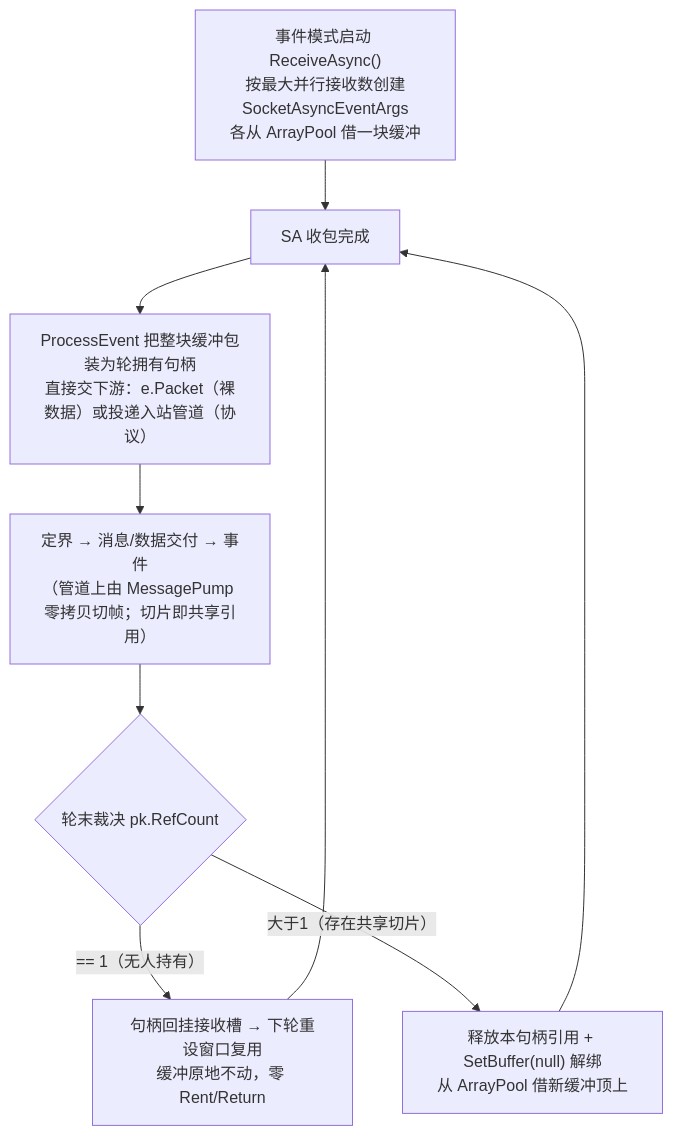
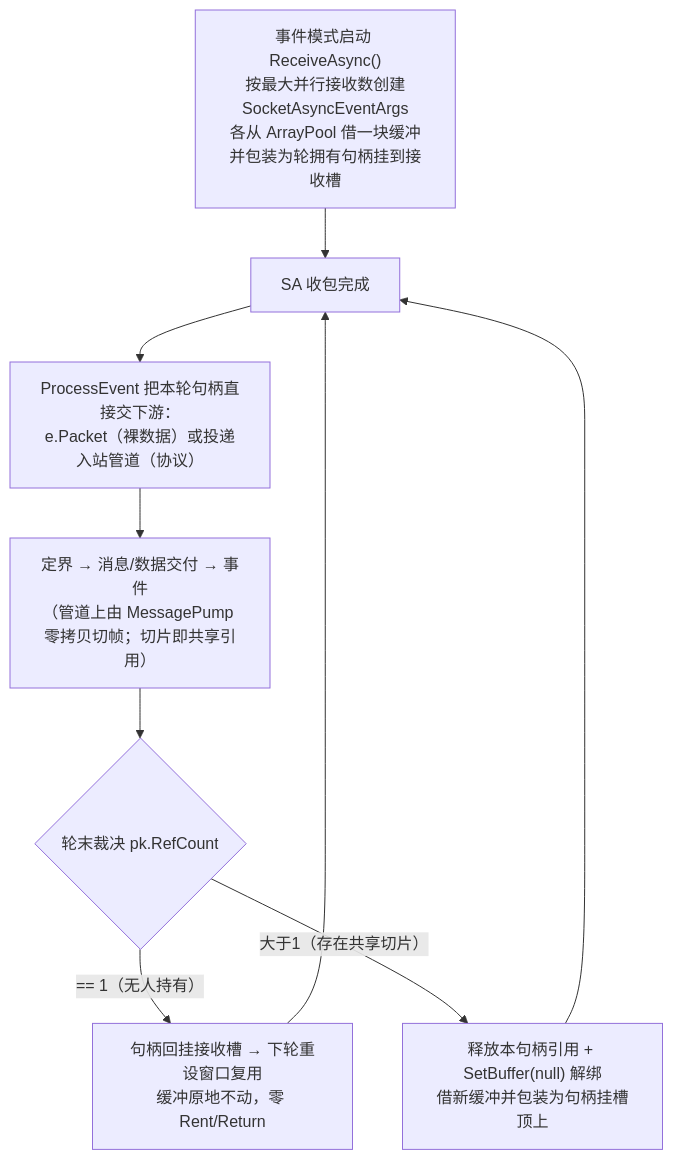
Before and after one commit to NewLifeX/X: the first of 2 diagrams in Doc/网络缓冲所有权架构.md, drawn with Mermaid. The commit also changed other lines of this file and 7 other files, not shown here.

````diff
--- a/Doc/网络缓冲所有权架构.md
+++ b/Doc/网络缓冲所有权架构.md
@@ -28,11 +28,11 @@
 ```mermaid
 flowchart TD
-    A["事件模式启动 ReceiveAsync()<br/>按最大并行接收数创建<br/>SocketAsyncEventArgs<br/>各从 ArrayPool 借一块缓冲"] --> B[SA 收包完成]
-    B --> C["ProcessEvent 把整块缓冲包装为轮拥有句柄<br/>直接交下游：e.Packet（裸数据）或投递入站管道（协议）"]
+    A["事件模式启动 ReceiveAsync()<br/>按最大并行接收数创建<br/>SocketAsyncEventArgs<br/>各从 ArrayPool 借一块缓冲并包装为轮拥有句柄挂到接收槽"] --> B[SA 收包完成]
+    B --> C["ProcessEvent 把本轮句柄直接交下游：<br/>e.Packet（裸数据）或投递入站管道（协议）"]
     C --> D["定界 → 消息/数据交付 → 事件<br/>（管道上由 MessagePump 零拷贝切帧；切片即共享引用）"]
     D --> E{"轮末裁决 pk.RefCount"}
     E -- "== 1（无人持有）" --> F["句柄回挂接收槽 → 下轮重设窗口复用<br/>缓冲原地不动，零 Rent/Return"]
-    E -- "大于1（存在共享切片）" --> G["释放本句柄引用 + SetBuffer(null) 解绑<br/>从 ArrayPool 借新缓冲顶上"]
+    E -- "大于1（存在共享切片）" --> G["释放本句柄引用 + SetBuffer(null) 解绑<br/>借新缓冲并包装为句柄挂槽顶上"]
     F --> B
     G --> B
 ```
````
